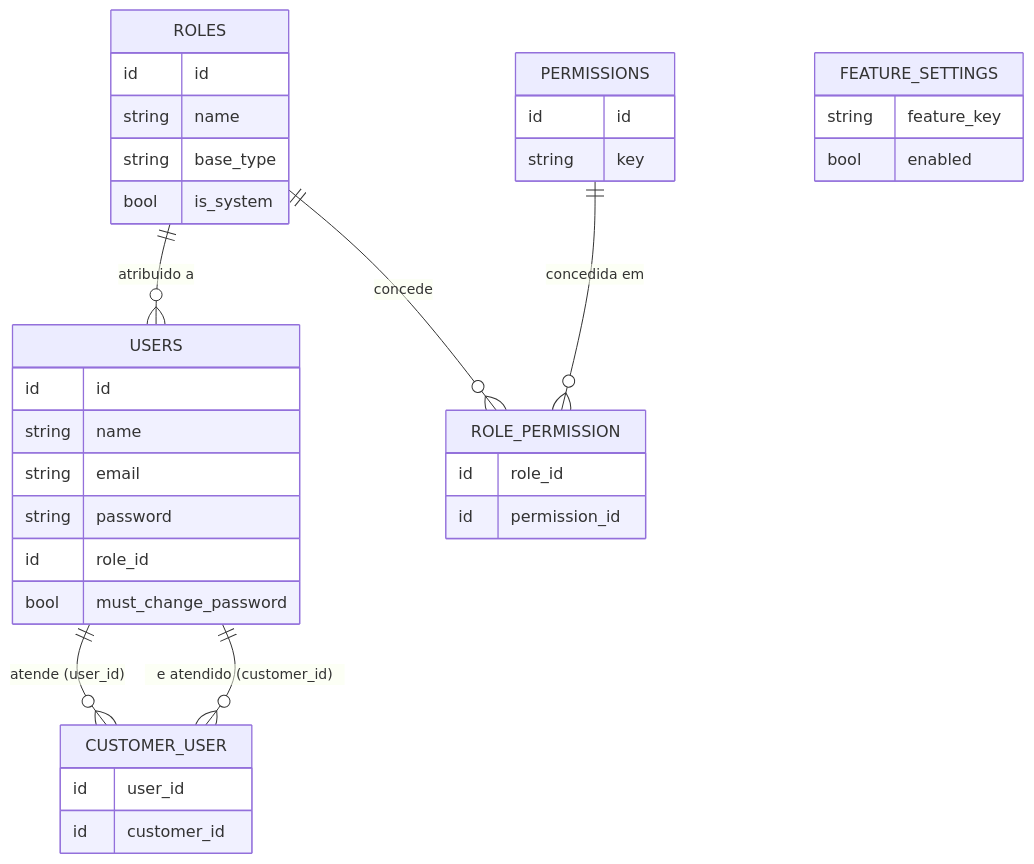
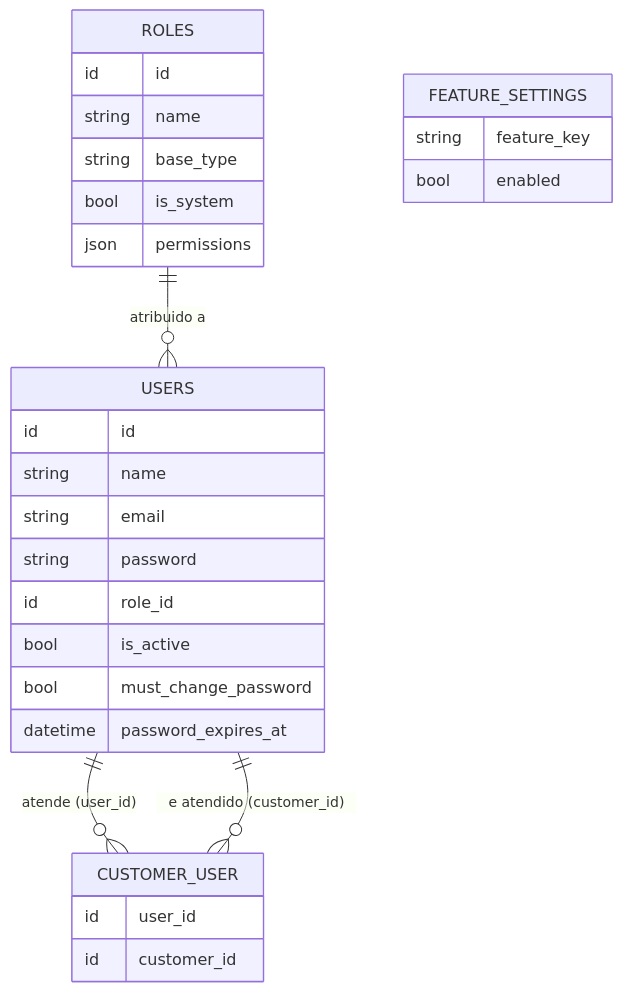
One commit to uendelsilveira/Multi_Tenant changed the second of 4 diagrams in docs/03-modelagem/modelo-de-dados.md. Above: the diagram before and after it, drawn with Mermaid. The commit also changed other lines of this file and 7 other files, not shown here.

````diff
--- a/docs/03-modelagem/modelo-de-dados.md
+++ b/docs/03-modelagem/modelo-de-dados.md
@@ -126,39 +126,32 @@
 ```mermaid
 erDiagram
     ROLES ||--o{ USERS : "atribuido a"
-    ROLES ||--o{ ROLE_PERMISSION : concede
-    PERMISSIONS ||--o{ ROLE_PERMISSION : "concedida em"
     USERS ||--o{ CUSTOMER_USER : "atende (user_id)"
     USERS ||--o{ CUSTOMER_USER : "e atendido (customer_id)"
 
     USERS {
         id id
         string name
         string email
         string password
         id role_id
+        bool is_active
         bool must_change_password
+        datetime password_expires_at
     }
     ROLES {
         id id
         string name
         string base_type
         bool is_system
-    }
-    PERMISSIONS {
-        id id
-        string key
-    }
-    ROLE_PERMISSION {
-        id role_id
-        id permission_id
+        json permissions
     }
     CUSTOMER_USER {
         id user_id
         id customer_id
     }
     FEATURE_SETTINGS {
         string feature_key
         bool enabled
     }
 ```
````
